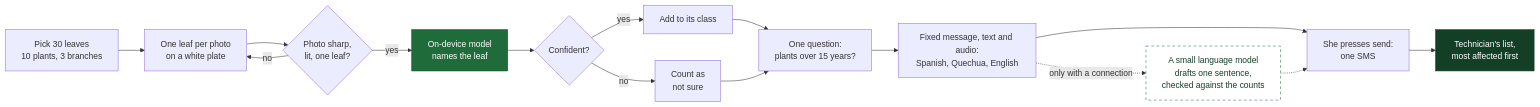
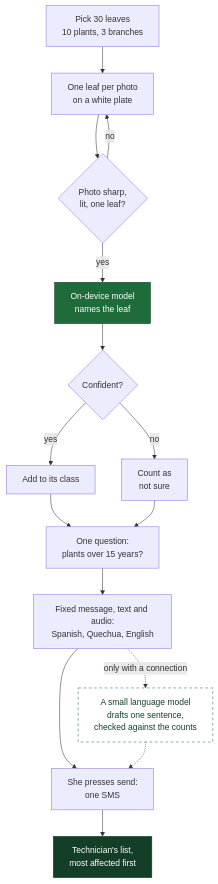
The diagram in README.md (Proyecto-troya/Glyph-Squad), drawn with Mermaid before and after one commit. The commit also changed 1 other file, not shown here.

Commit message:
Draw the README flow diagram top to bottom so it stays readable

````diff
--- a/README.md
+++ b/README.md
@@ -85,21 +85,21 @@
 ```mermaid
-flowchart LR
+flowchart TD
     A["Pick 30 leaves<br>10 plants, 3 branches"] --> B["One leaf per photo<br>on a white plate"]
     B --> C{"Photo sharp,<br>lit, one leaf?"}
     C -- no --> B
     C -- yes --> D["On-device model<br>names the leaf"]
     D --> E{"Confident?"}
     E -- yes --> F["Add to its class"]
     E -- no --> G["Count as<br>not sure"]
     F --> H["One question:<br>plants over 15 years?"]
     G --> H
     H --> I["Fixed message, text and audio:<br>Spanish, Quechua, English"]
     I --> J["She presses send:<br>one SMS"]
     I -. "only with a connection" .-> L["A small language model<br>drafts one sentence,<br>checked against the counts"]
     L -.-> J
     J --> K["Technician's list,<br>most affected first"]
 
     style D fill:#1f6b3a,stroke:#133f27,color:#ffffff
     style K fill:#133f27,stroke:#133f27,color:#ffffff
     style L fill:#ffffff,stroke:#1f6b3a,color:#133f27,stroke-dasharray: 5 5
 ```
````
